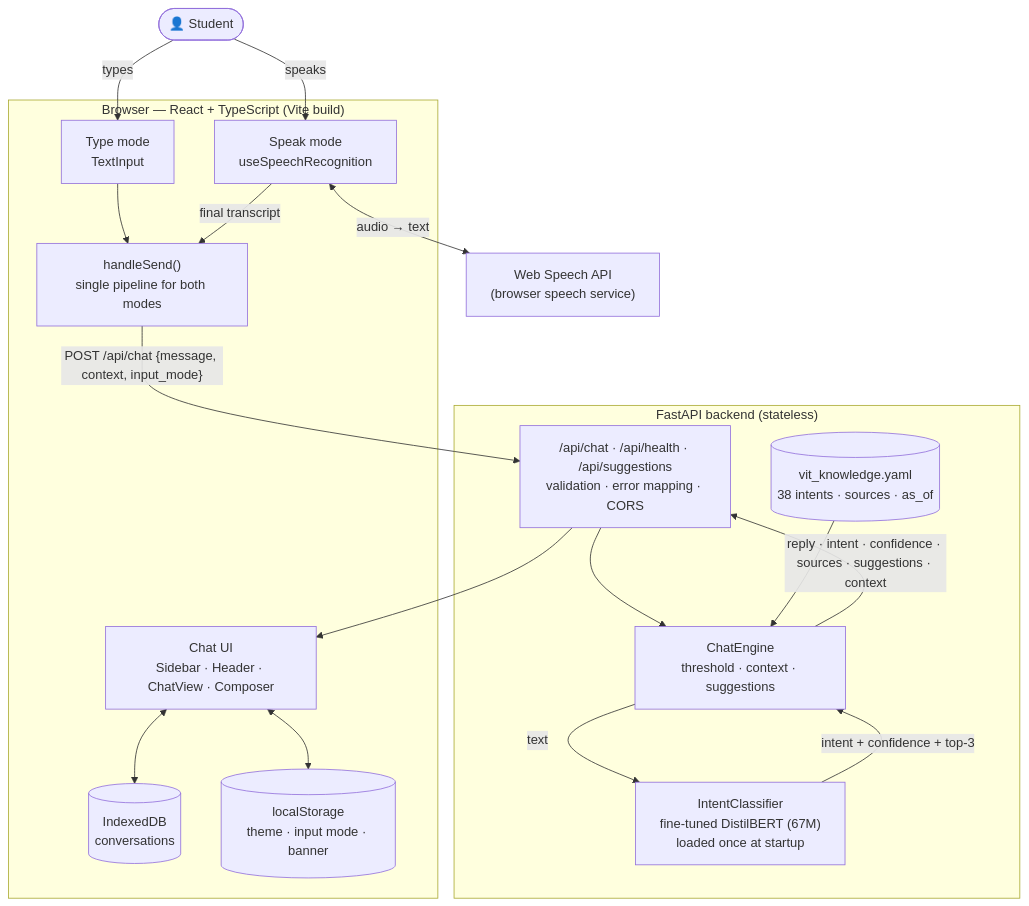
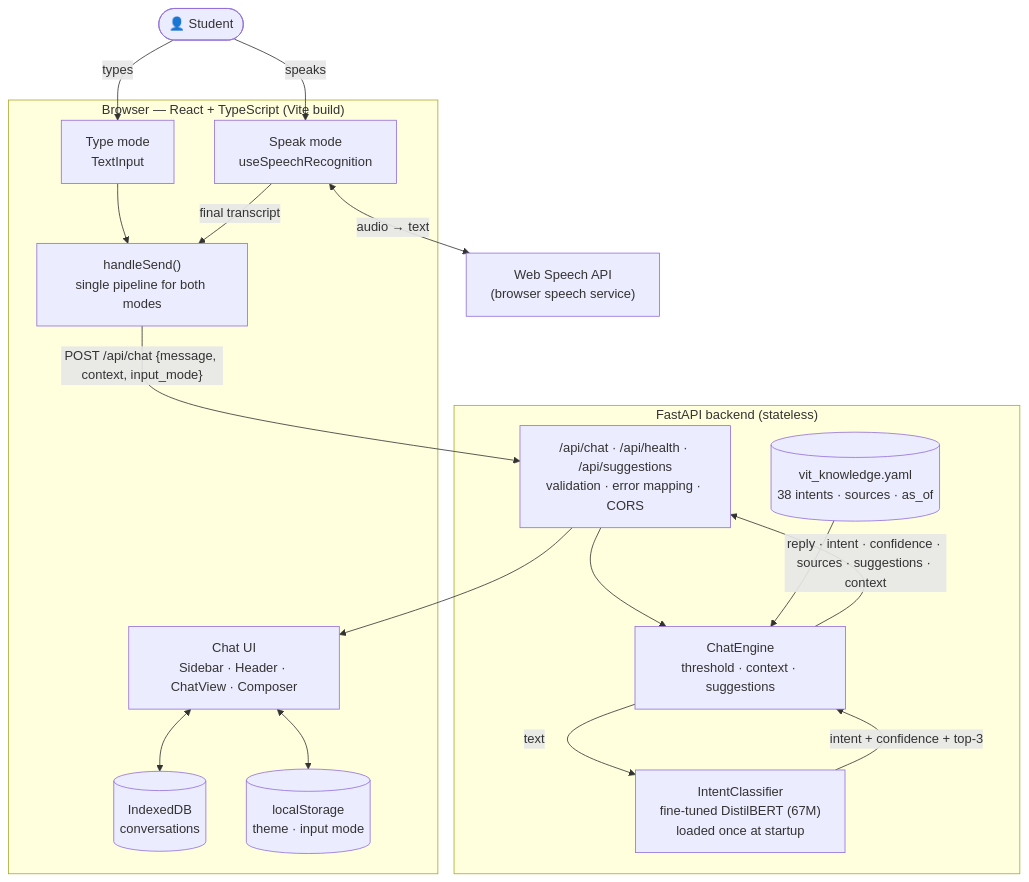
One commit to js0nnn/VITmate changed the first of 6 diagrams in docs/02-system-architecture.md. Above: the diagram before and after it, drawn with Mermaid. The commit also changed 13 other files, not shown here.

````diff
--- a/docs/02-system-architecture.md
+++ b/docs/02-system-architecture.md
@@ -13,38 +13,38 @@
 ```mermaid
 %% file: system-architecture
 flowchart TD
     User(["👤 Student"])
 
     subgraph Browser["Browser — React + TypeScript (Vite build)"]
         UI["Chat UI<br/>Sidebar · Header · ChatView · Composer"]
         Speak["Speak mode<br/>useSpeechRecognition"]
         Type["Type mode<br/>TextInput"]
         Send["handleSend()<br/>single pipeline for both modes"]
         Store[("IndexedDB<br/>conversations")]
-        Prefs[("localStorage<br/>theme · input mode · banner")]
+        Prefs[("localStorage<br/>theme · input mode")]
     end
 
     SR["Web Speech API<br/>(browser speech service)"]
 
     subgraph Server["FastAPI backend (stateless)"]
         API["/api/chat · /api/health · /api/suggestions<br/>validation · error mapping · CORS"]
         Engine["ChatEngine<br/>threshold · context · suggestions"]
         Model["IntentClassifier<br/>fine-tuned DistilBERT (67M)<br/>loaded once at startup"]
         KB[("vit_knowledge.yaml<br/>38 intents · sources · as_of")]
     end
 
     User -->|types| Type
     User -->|speaks| Speak
     Speak <-->|audio → text| SR
     Type --> Send
     Speak -->|final transcript| Send
     Send -->|"POST /api/chat {message, context, input_mode}"| API
     API --> Engine
     Engine -->|text| Model
     Model -->|intent + confidence + top-3| Engine
     KB --> Engine
     Engine -->|"reply · intent · confidence · sources · suggestions · context"| API
     API --> UI
     UI <--> Store
     UI <--> Prefs
 ```
````
